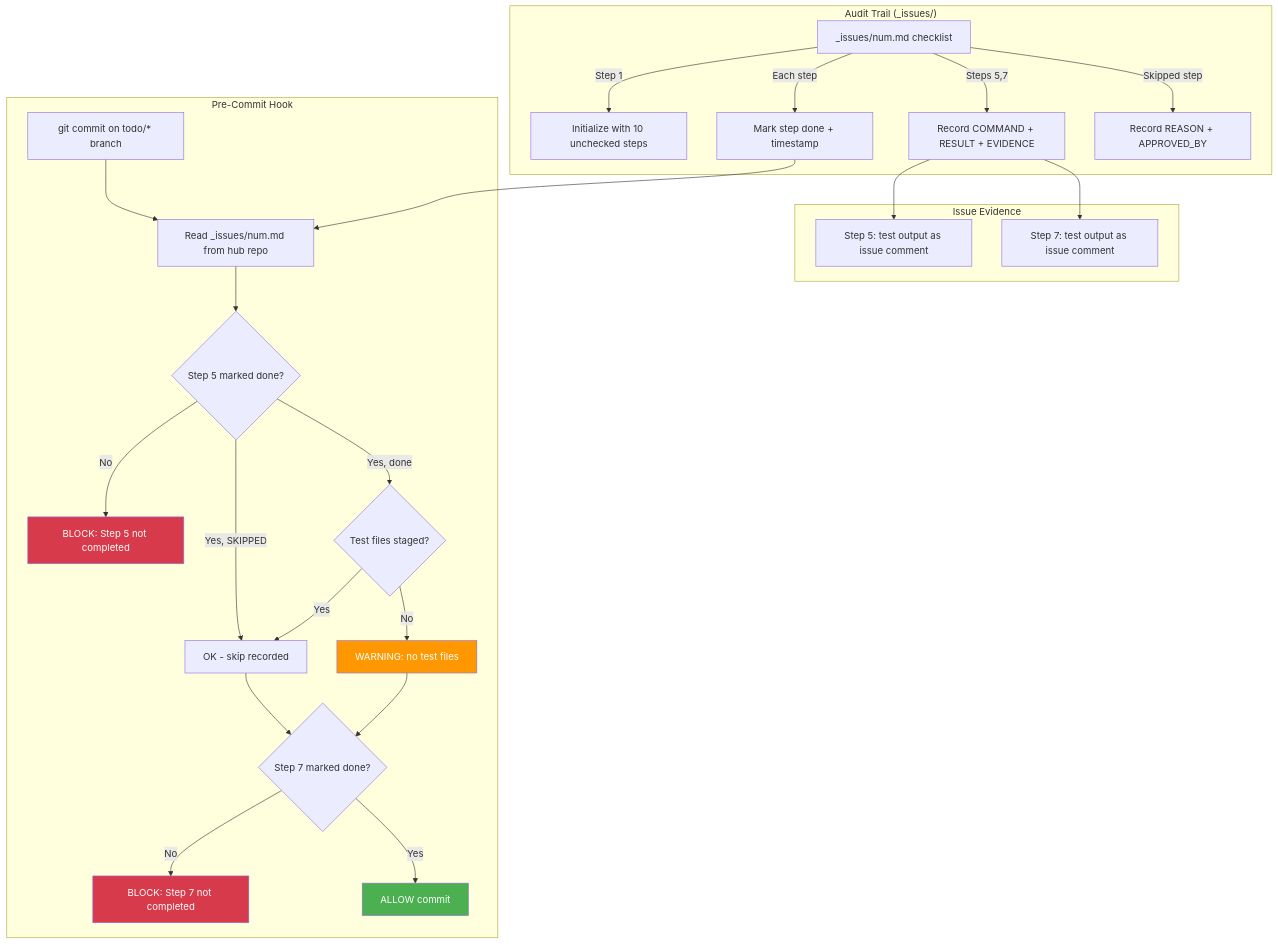
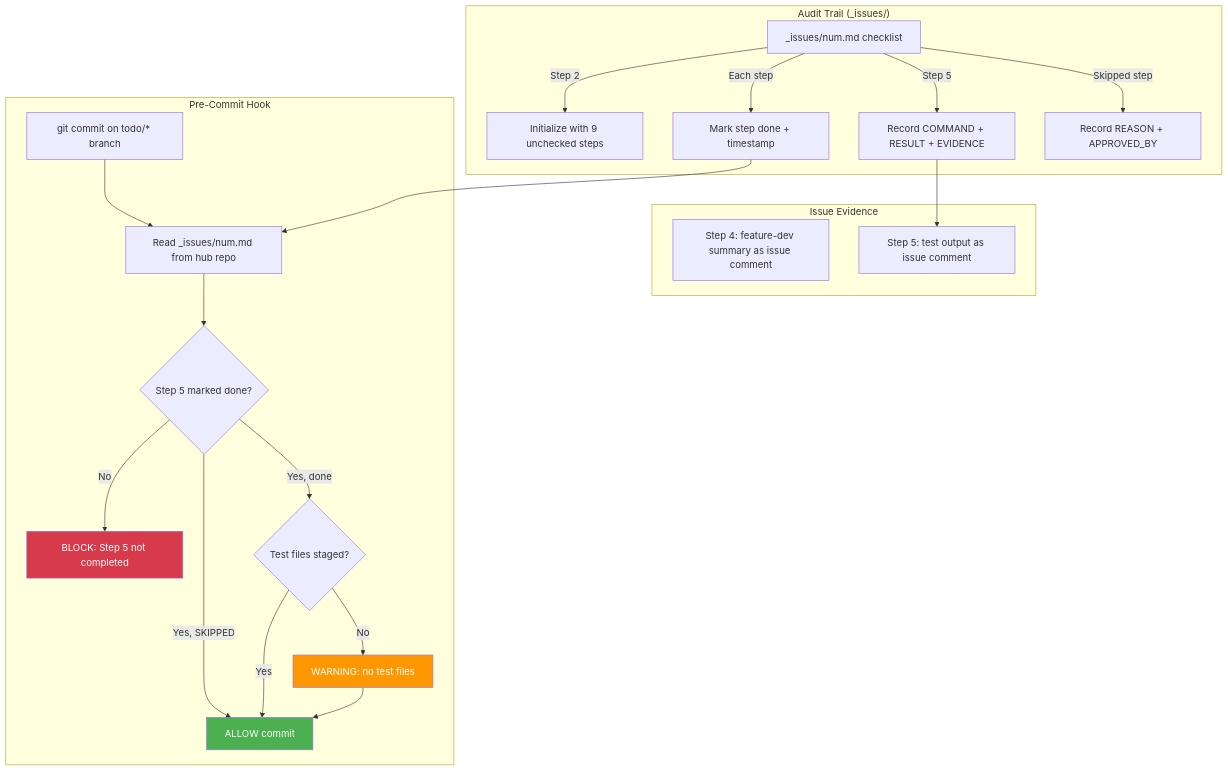
The fifth of 5 diagrams in docs/WORKFLOW_DIAGRAM.md (mblua/todo-workflow), drawn with Mermaid before and after one commit. The commit also changed other lines of this file and 7 other files, not shown here.

First line of the commit message:
feat: 9-step workflow with feature-dev integration (2.0.0)

````diff
--- a/docs/WORKFLOW_DIAGRAM.md
+++ b/docs/WORKFLOW_DIAGRAM.md
@@ -141,39 +156,33 @@
 ```mermaid
 flowchart TD
     subgraph AUDIT["Audit Trail (_issues/)"]
         CL[_issues/num.md checklist]
-        CL --> |Step 1| INIT[Initialize with 10 unchecked steps]
+        CL --> |Step 2| INIT[Initialize with 9 unchecked steps]
         CL --> |Each step| UPDATE[Mark step done + timestamp]
-        CL --> |Steps 5,7| EVIDENCE[Record COMMAND + RESULT + EVIDENCE]
-        CL --> |Skipped step| SKIP[Record REASON + APPROVED_BY]
+        CL --> |Step 5| EVIDENCE[Record COMMAND + RESULT + EVIDENCE]
+        CL --> |Skipped step| SKIP_REC[Record REASON + APPROVED_BY]
     end
 
     subgraph GITHUB["Issue Evidence"]
+        S4_COMMENT[Step 4: feature-dev summary as issue comment]
         S5_COMMENT[Step 5: test output as issue comment]
-        S7_COMMENT[Step 7: test output as issue comment]
     end
 
     subgraph HOOK["Pre-Commit Hook"]
         COMMIT[git commit on todo/* branch]
         COMMIT --> READ[Read _issues/num.md from hub repo]
         READ --> CHECK5{Step 5 marked done?}
-        CHECK5 -->|No| REJECT5[BLOCK: Step 5 not completed]
-        CHECK5 -->|Yes, SKIPPED| PASS5[OK - skip recorded]
+        CHECK5 -->|No| REJECT[BLOCK: Step 5 not completed]
+        CHECK5 -->|Yes, SKIPPED| ALLOW[ALLOW commit]
         CHECK5 -->|Yes, done| TESTS{Test files staged?}
-        TESTS -->|Yes| PASS5
-        TESTS -->|No| WARN[WARNING: no test files]
-        PASS5 --> CHECK7{Step 7 marked done?}
-        WARN --> CHECK7
-        CHECK7 -->|No| REJECT7[BLOCK: Step 7 not completed]
-        CHECK7 -->|Yes| ALLOW[ALLOW commit]
+        TESTS -->|Yes| ALLOW
+        TESTS -->|No| WARN[WARNING: no test files] --> ALLOW
     end
 
     EVIDENCE --> S5_COMMENT
-    EVIDENCE --> S7_COMMENT
     UPDATE --> READ
 
-    style REJECT5 fill:#D73A4A,color:#fff
-    style REJECT7 fill:#D73A4A,color:#fff
+    style REJECT fill:#D73A4A,color:#fff
     style ALLOW fill:#4CAF50,color:#fff
     style WARN fill:#FF9800,color:#fff
 ```
````
